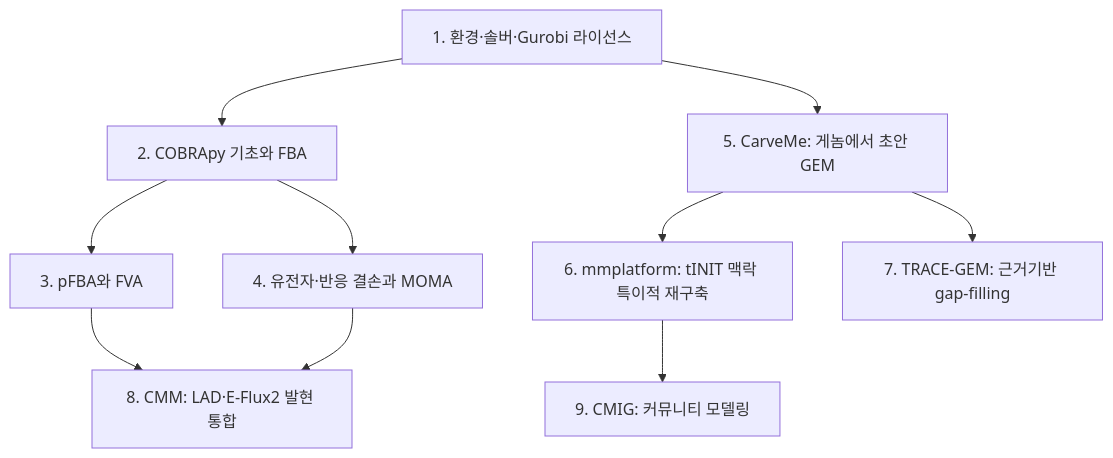
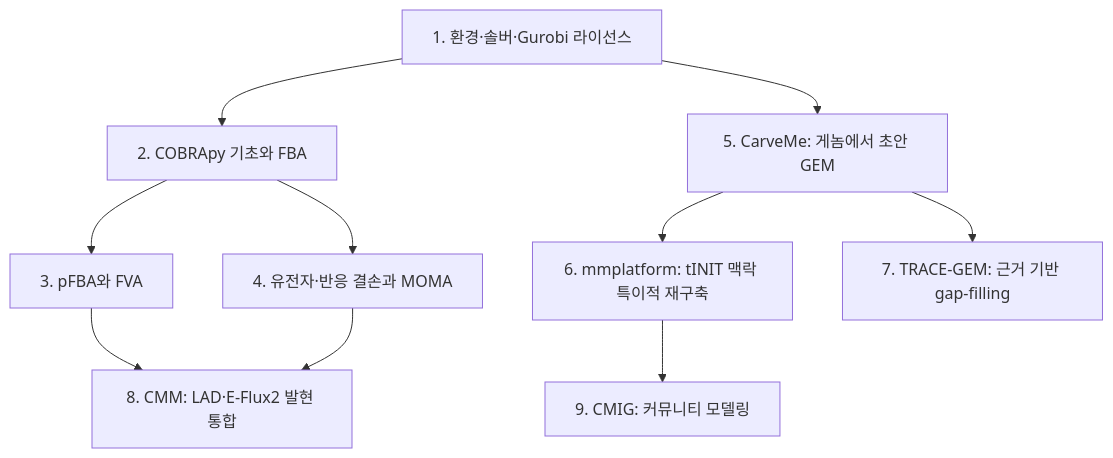
Before and after one commit to jyryu3161/ebook_metabolic_modeling: the diagram in chapter-11/README.md, drawn with Mermaid. The commit also changed other lines of this file and 8 other files, not shown here.

````diff
--- a/chapter-11/README.md
+++ b/chapter-11/README.md
@@ -22,12 +22,12 @@
 ```mermaid
 flowchart TD
     A["1. 환경·솔버·Gurobi 라이선스"] --> B["2. COBRApy 기초와 FBA"]
     B --> C["3. pFBA와 FVA"]
     B --> D["4. 유전자·반응 결손과 MOMA"]
     A --> E["5. CarveMe: 게놈에서 초안 GEM"]
     E --> F["6. mmplatform: tINIT 맥락 특이적 재구축"]
-    E --> G["7. TRACE-GEM: 근거기반 gap-filling"]
+    E --> G["7. TRACE-GEM: 근거 기반 gap-filling"]
     C --> H["8. CMM: LAD·E-Flux2 발현 통합"]
     D --> H
     F --> I["9. CMIG: 커뮤니티 모델링"]
 ```
````
